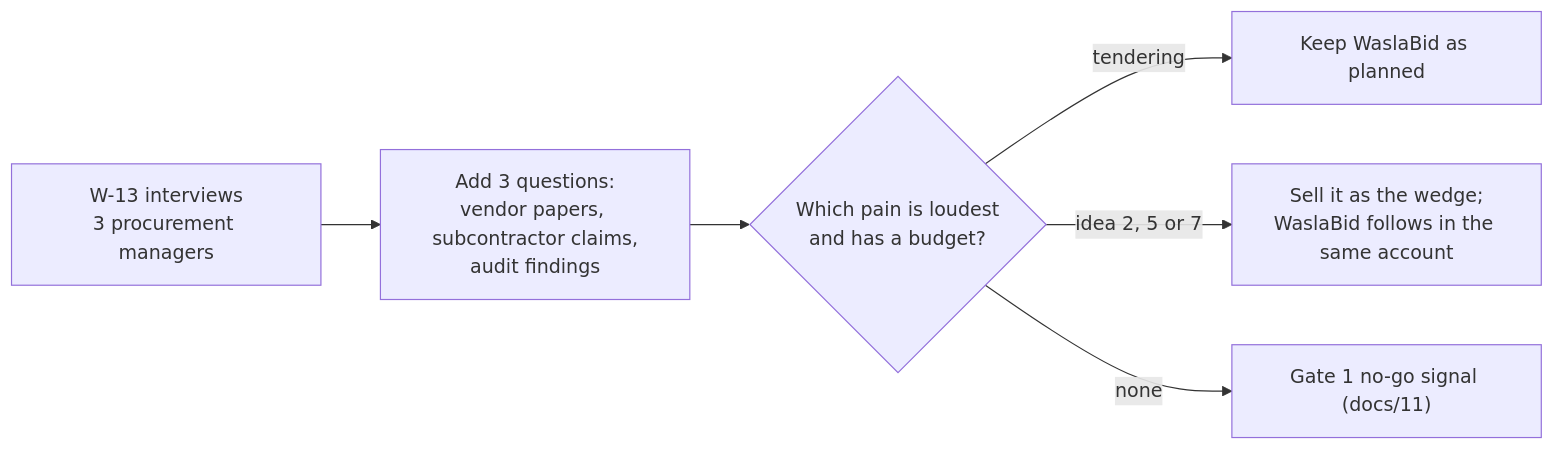
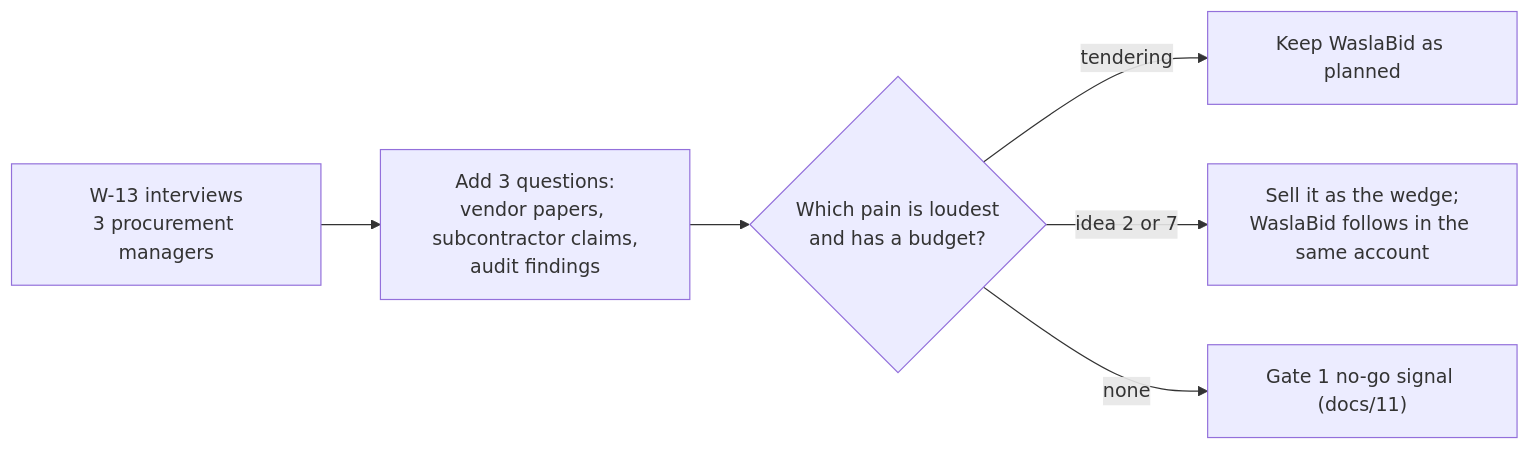
Diagram 13 of 13 in docs/14-adjacent-ideas.md (AhmedAssaf/ERP), drawn with Mermaid before and after one commit. The commit also changed other lines of this file and 5 other files, not shown here.

````diff
--- a/docs/14-adjacent-ideas.md
+++ b/docs/14-adjacent-ideas.md
@@ -190,8 +214,8 @@
 ```mermaid
 flowchart LR
     I["W-13 interviews<br/>3 procurement managers"] --> Q["Add 3 questions:<br/>vendor papers, subcontractor claims,<br/>audit findings"]
     Q --> P{"Which pain is loudest<br/>and has a budget?"}
     P -->|"tendering"| W["Keep WaslaBid as planned"]
-    P -->|"idea 2, 5 or 7"| S["Sell it as the wedge;<br/>WaslaBid follows in the same account"]
+    P -->|"idea 2 or 7"| S["Sell it as the wedge;<br/>WaslaBid follows in the same account"]
     P -->|"none"| G["Gate 1 no-go signal (docs/11)"]
 ```
````
